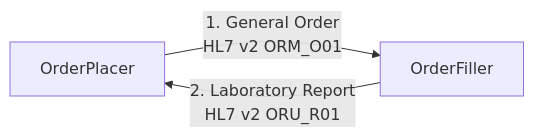
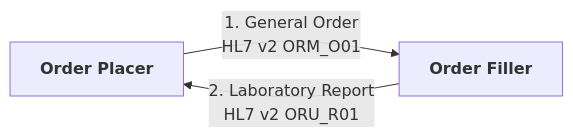
One commit to uk-gov-mirror/nw-gmsa.nw-gmsa.github.com changed the first of 4 diagrams in input/pagecontent/index.md. Above: the diagram before and after it, drawn with Mermaid. The commit also changed other lines of this file, not shown here.

````diff
--- a/input/pagecontent/index.md
+++ b/input/pagecontent/index.md
@@ -22,5 +22,5 @@
 ```mermaid
 graph LR
-    OrderPlacer --> |1. General Order<br/>HL7 v2 ORM_O01| OrderFiller
-    OrderFiller --> |2. Laboratory Report<br/>HL7 v2 ORU_R01| OrderPlacer  
+    OrderPlacer[<b>Order Placer</b>] --> |1. General Order<br/>HL7 v2 ORM_O01| OrderFiller
+    OrderFiller[<b>Order Filler</b>] --> |2. Laboratory Report<br/>HL7 v2 ORU_R01| OrderPlacer  
 ```
````
